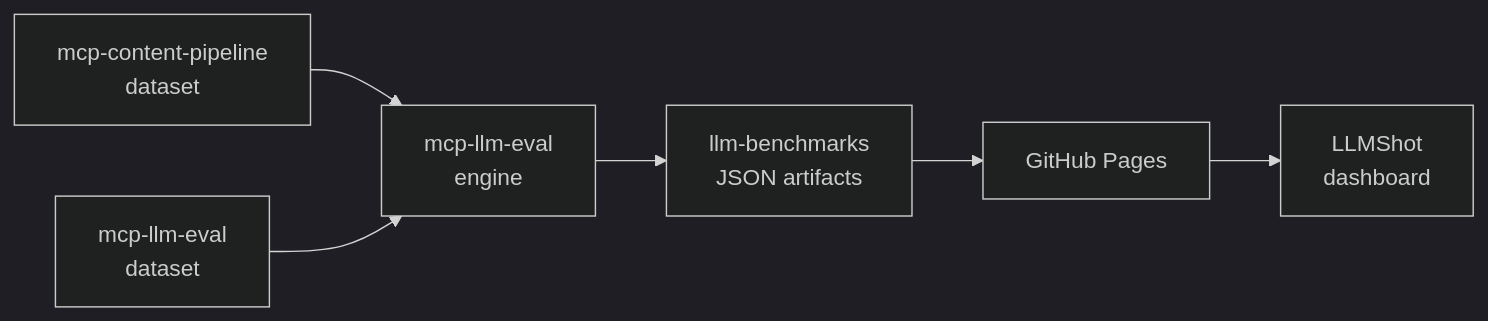
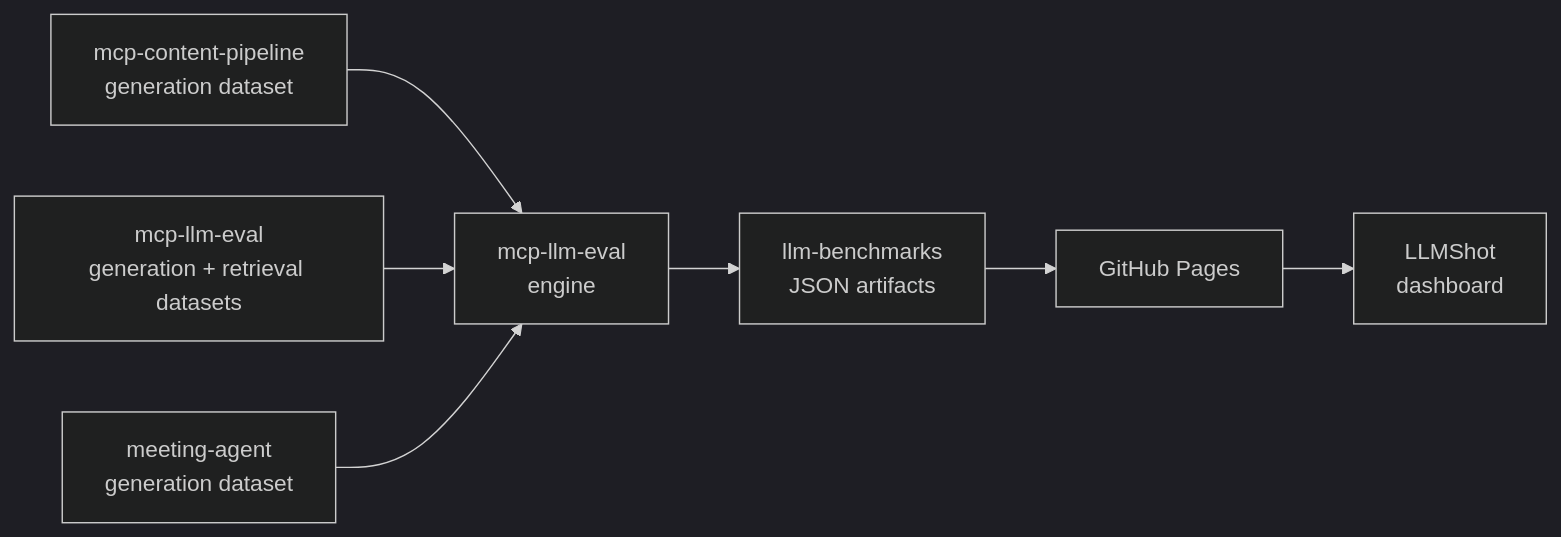
Before and after one commit to berkayildi/llm-benchmarks: the diagram in README.md, drawn with Mermaid (dark theme). The commit also changed other lines of this file, not shown here.

````diff
--- a/README.md
+++ b/README.md
@@ -7,8 +7,9 @@
 ```mermaid
 flowchart LR
-    A[mcp-content-pipeline<br/>dataset] --> C
-    B[mcp-llm-eval<br/>dataset] --> C
+    A[mcp-content-pipeline<br/>generation dataset] --> C
+    B[mcp-llm-eval<br/>generation + retrieval datasets] --> C
+    G[meeting-agent<br/>generation dataset] --> C
     C[mcp-llm-eval<br/>engine] --> D[llm-benchmarks<br/>JSON artifacts]
     D --> E[GitHub Pages]
     E --> F[LLMShot<br/>dashboard]
 ```
````
